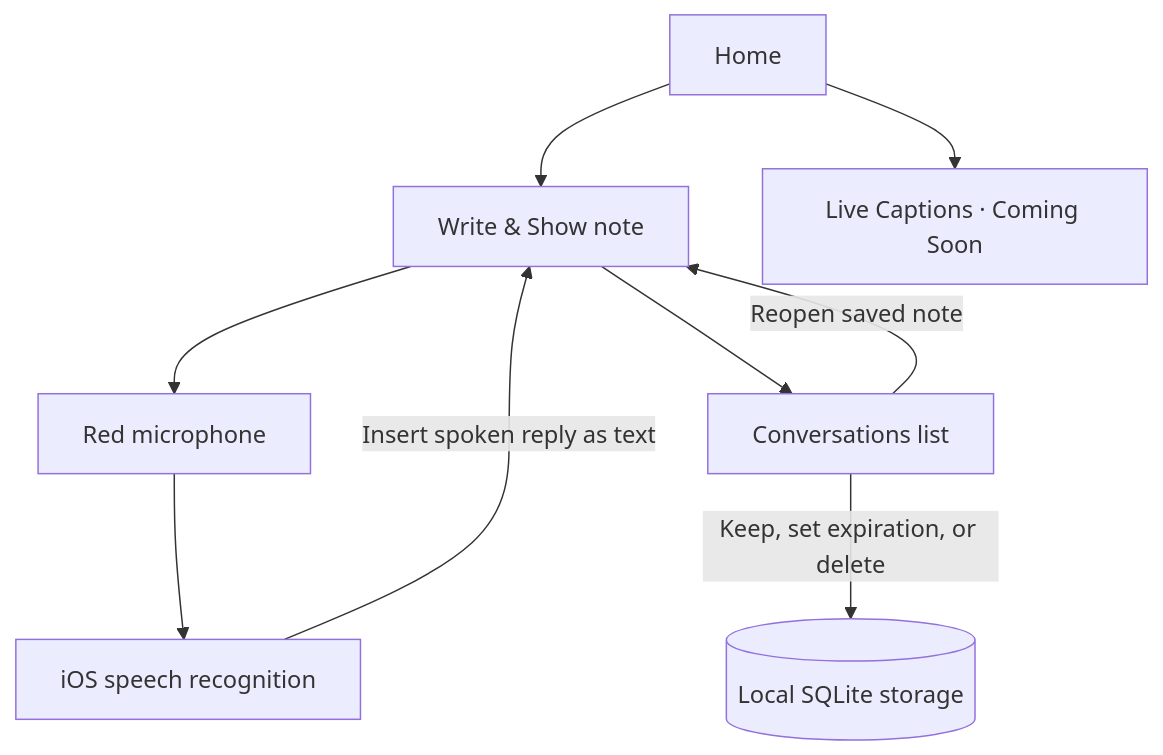
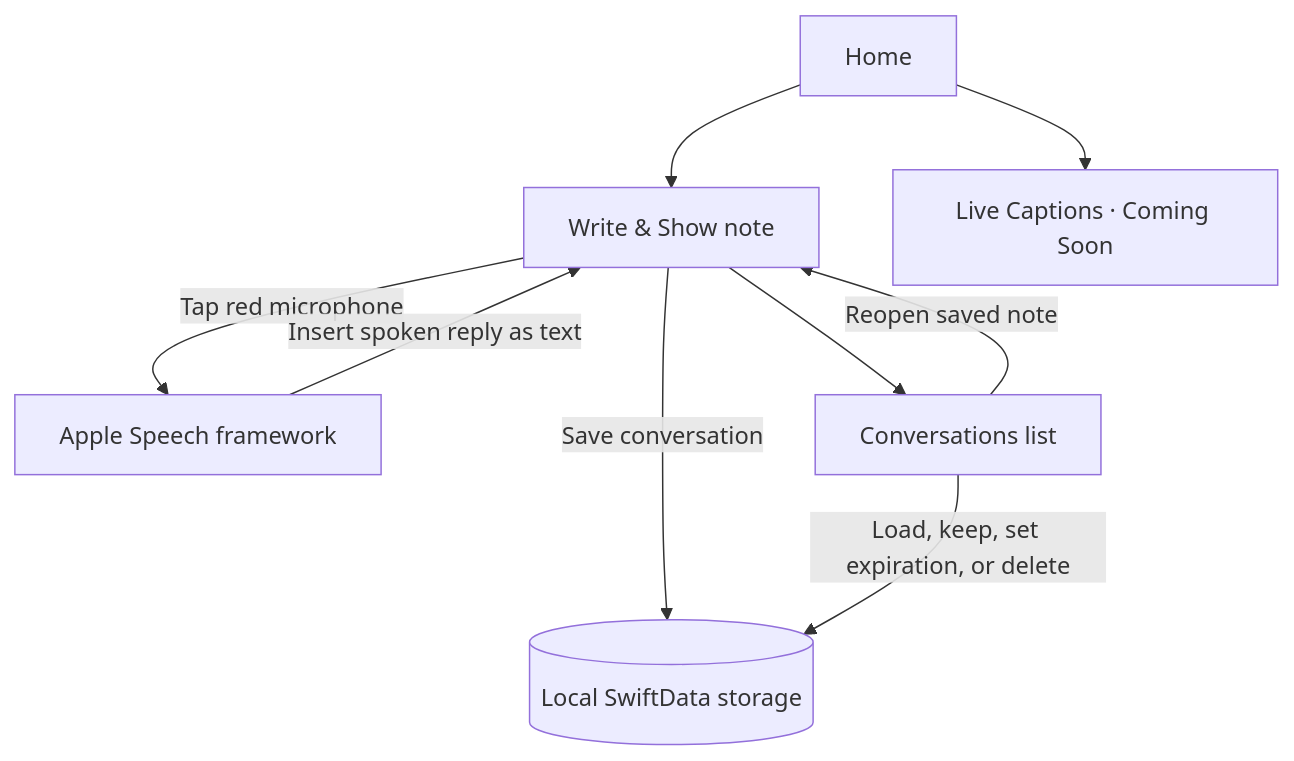
Before and after one commit to eivindcuate/OpenCoversation: the second of 2 diagrams in README.md, drawn with Mermaid. The commit also changed other lines of this file, not shown here.

Commit message:
Document native iOS MVP architecture

````diff
--- a/README.md
+++ b/README.md
@@ -145,11 +143,11 @@
 ```mermaid
 flowchart TD
     H["Home"] --> W["Write & Show note"]
     H --> L["Live Captions · Coming Soon"]
-    W --> M["Red microphone"]
-    M --> S["iOS speech recognition"]
+    W -->|"Tap red microphone"| S["Apple Speech framework"]
     S -->|"Insert spoken reply as text"| W
+    W -->|"Save conversation"| D[("Local SwiftData storage")]
     W --> C["Conversations list"]
     C -->|"Reopen saved note"| W
-    C -->|"Keep, set expiration, or delete"| D[("Local SQLite storage")]
+    C -->|"Load, keep, set expiration, or delete"| D
 ```
````
